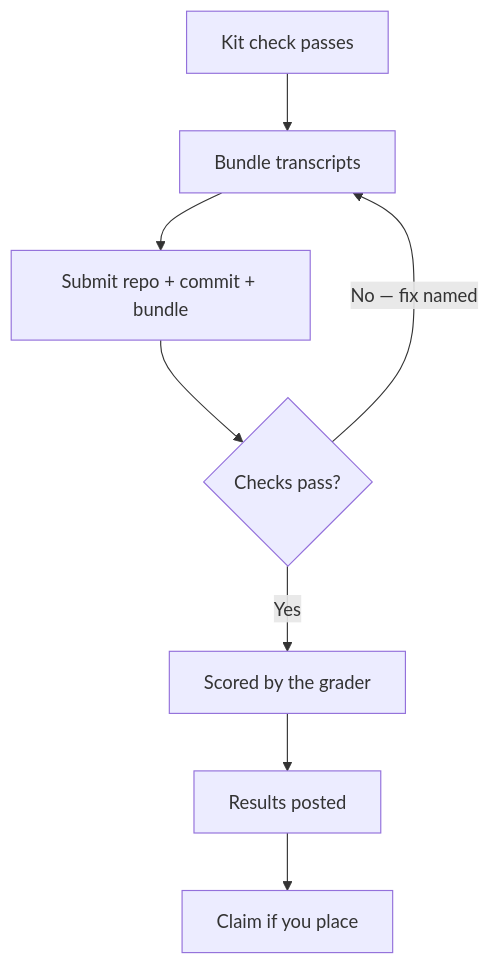
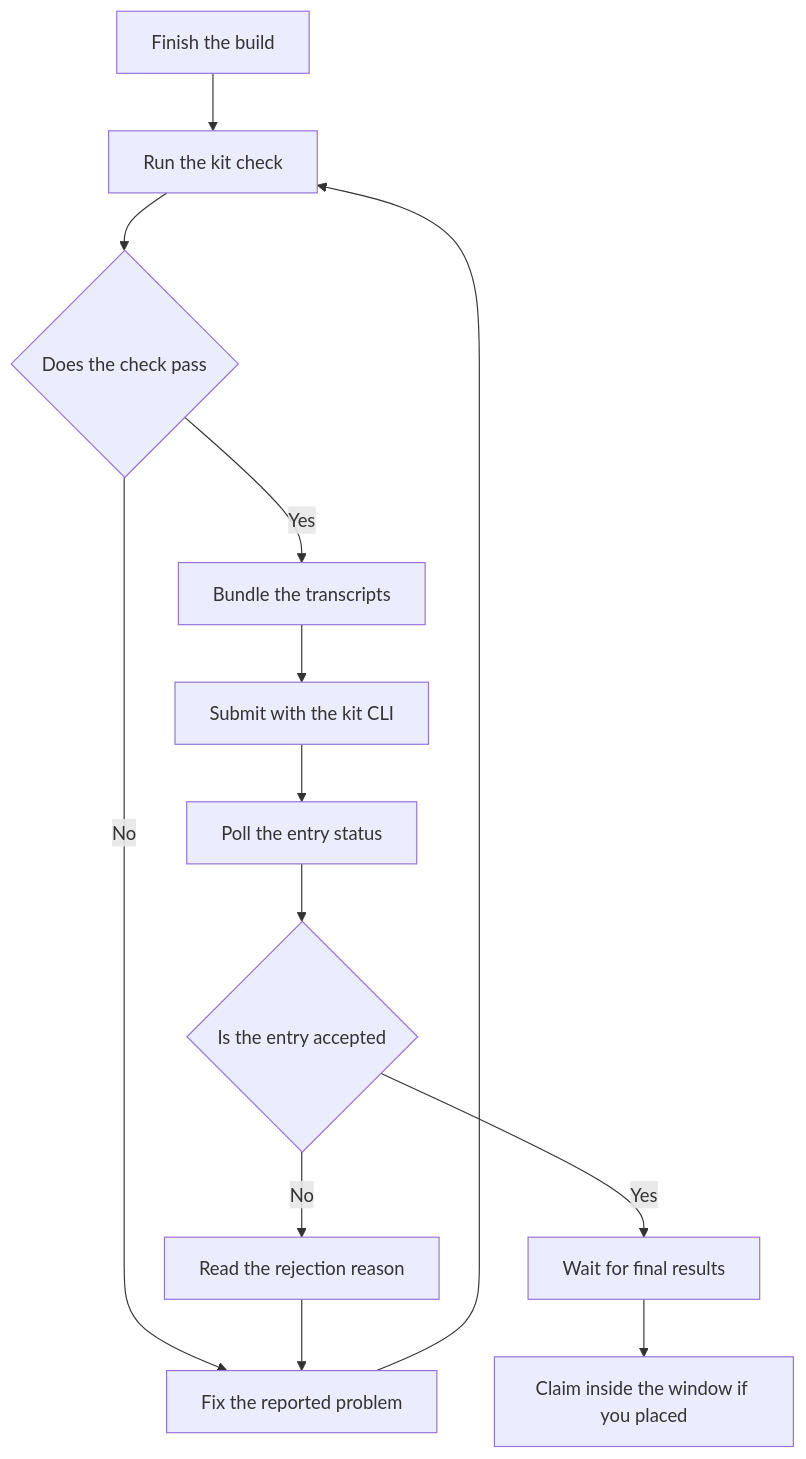
The third of 3 diagrams in README.md (rfky18/makefun-field-guide), drawn with Mermaid before and after one commit. The commit also changed other lines of this file, not shown here.

````diff
--- a/README.md
+++ b/README.md
@@ -334,10 +351,15 @@
 ```mermaid
 flowchart TD
-    A[Kit check passes] --> B[Bundle transcripts]
-    B --> C[Submit repo + commit + bundle]
-    C --> D{Checks pass?}
-    D -->|No — fix named| B
-    D -->|Yes| E[Scored by the grader]
-    E --> F[Results posted]
-    F --> G[Claim if you place]
+    A[Finish the build] --> B[Run the kit check]
+    B --> C{Does the check pass}
+    C -->|No| D[Fix the reported problem]
+    D --> B
+    C -->|Yes| E[Bundle the transcripts]
+    E --> F[Submit with the kit CLI]
+    F --> G[Poll the entry status]
+    G --> H{Is the entry accepted}
+    H -->|No| I[Read the rejection reason]
+    I --> D
+    H -->|Yes| J[Wait for final results]
+    J --> K[Claim inside the window if you placed]
 ```
````
